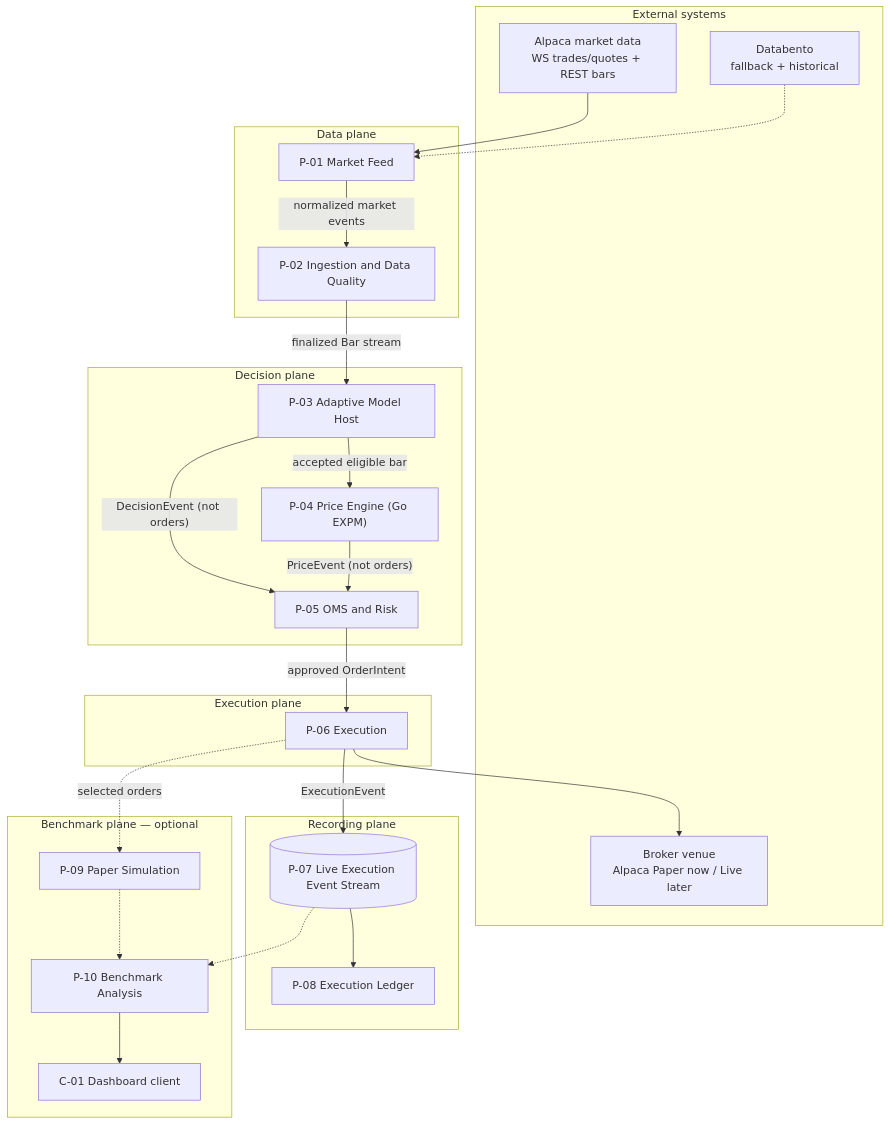
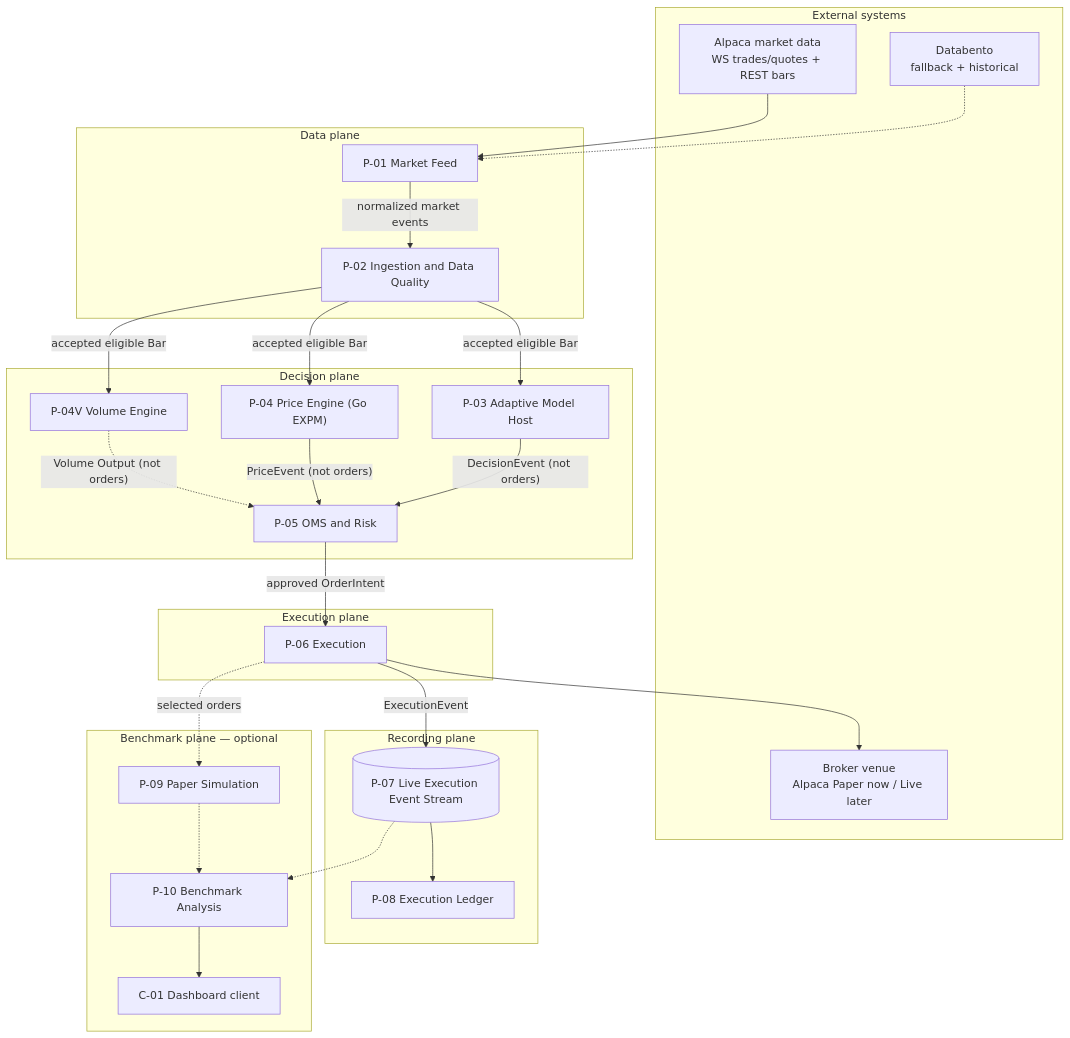
The first of 2 diagrams in docs/design/QuanTRAM_PROCESS_MODEL_082926.md (srao977/QuanTRAM), drawn with Mermaid before and after one commit. The commit also changed other lines of this file and 36 other files, not shown here.

Commit message:
volume engine added 090526

````diff
--- a/docs/design/QuanTRAM_PROCESS_MODEL_082926.md
+++ b/docs/design/QuanTRAM_PROCESS_MODEL_082926.md
@@ -96,50 +100,53 @@
 ```mermaid
 flowchart TD
     subgraph EXT["External systems"]
         ALP["Alpaca market data<br/>WS trades/quotes + REST bars"]
         DB["Databento<br/>fallback + historical"]
         BROKER["Broker venue<br/>Alpaca Paper now / Live later"]
     end
 
     subgraph DATA["Data plane"]
         P01["P-01 Market Feed"]
         P02["P-02 Ingestion and Data Quality"]
     end
 
     subgraph DECISION["Decision plane"]
         P03["P-03 Adaptive Model Host"]
         P04["P-04 Price Engine (Go EXPM)"]
+        P04V["P-04V Volume Engine"]
         P05["P-05 OMS and Risk"]
     end
 
     subgraph EXEC["Execution plane"]
         P06["P-06 Execution"]
     end
 
     subgraph RECORD["Recording plane"]
         P07[("P-07 Live Execution Event Stream")]
         P08["P-08 Execution Ledger"]
     end
 
     subgraph BENCH["Benchmark plane — optional"]
         P09["P-09 Paper Simulation"]
         P10["P-10 Benchmark Analysis"]
         C01["C-01 Dashboard client"]
     end
 
     ALP --> P01
     DB -.-> P01
     P01 -->|"normalized market events"| P02
-    P02 -->|"finalized Bar stream"| P03
-    P03 -->|"accepted eligible bar"| P04
+    P02 -->|"accepted eligible Bar"| P03
+    P02 -->|"accepted eligible Bar"| P04
+    P02 -->|"accepted eligible Bar"| P04V
     P03 -->|"DecisionEvent (not orders)"| P05
     P04 -->|"PriceEvent (not orders)"| P05
+    P04V -.->|"Volume Output (not orders)"| P05
     P05 -->|"approved OrderIntent"| P06
     P06 --> BROKER
     P06 -->|"ExecutionEvent"| P07
     P07 --> P08
     P06 -.->|"selected orders"| P09
     P07 -.-> P10
     P09 -.-> P10
     P10 --> C01
 ```
````
